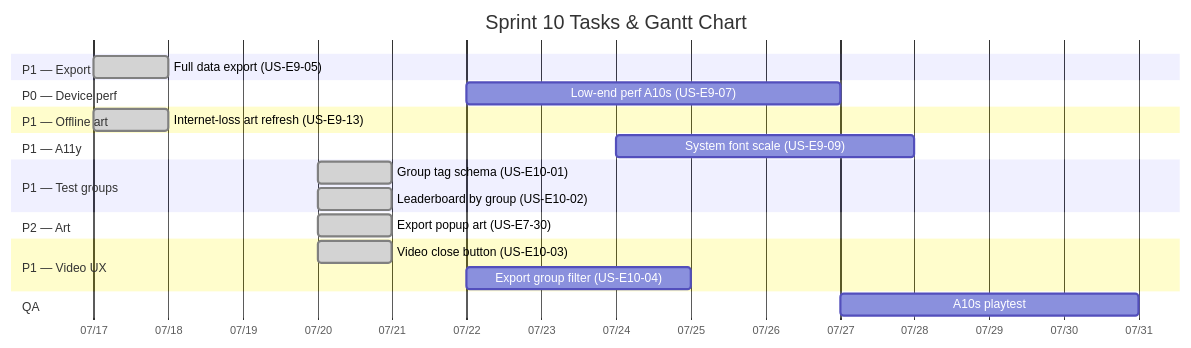
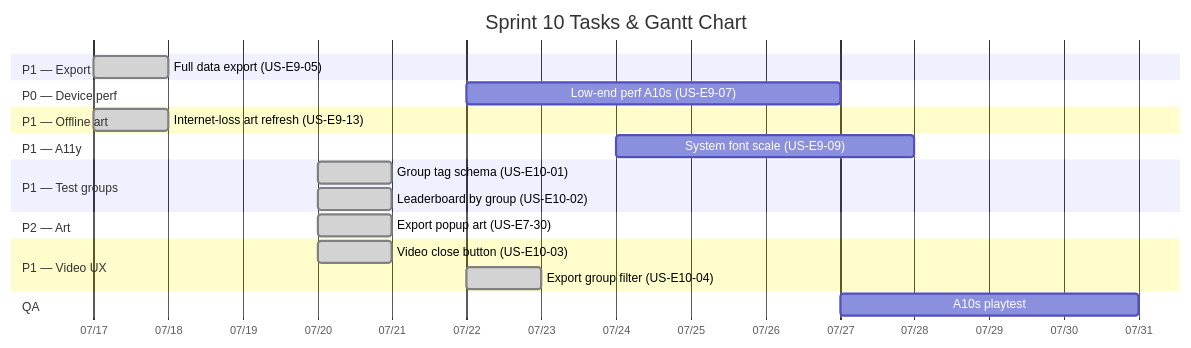
One commit to ChayutChanmueang/mci-cognitive-game-hub-dev-deploy changed the diagram in docs/agile/sprint-backlogs/sprint-10.md. Above: the diagram before and after it, drawn with Mermaid. The commit also changed other lines of this file and 16 other files, not shown here.

````diff
--- a/docs/agile/sprint-backlogs/sprint-10.md
+++ b/docs/agile/sprint-backlogs/sprint-10.md
@@ -12,24 +12,24 @@
 ```mermaid
 gantt
     title Sprint 10 Tasks & Gantt Chart
     dateFormat  YYYY-MM-DD
     axisFormat  %m/%d
     section P1 — Export
     Full data export (US-E9-05)      :done, t5, 2026-07-17, 1d
     section P0 — Device perf
     Low-end perf A10s (US-E9-07)     :t7, 2026-07-22, 5d
     section P1 — Offline art
     Internet-loss art refresh (US-E9-13) :done, t13, 2026-07-17, 1d
     section P1 — A11y
     System font scale (US-E9-09)     :t9, 2026-07-24, 4d
     section P1 — Test groups
     Group tag schema (US-E10-01)     :done, t101, 2026-07-20, 1d
     Leaderboard by group (US-E10-02) :done, t102, 2026-07-20, 1d
     section P2 — Art
     Export popup art (US-E7-30)      :done, t730, 2026-07-20, 1d
     section P1 — Video UX
     Video close button (US-E10-03)   :done, t1003, 2026-07-20, 1d
-    Export group filter (US-E10-04)  :t1004, 2026-07-22, 3d
+    Export group filter (US-E10-04)  :done, t1004, 2026-07-22, 1d
     section QA
     A10s playtest                    :q1, 2026-07-27, 4d
 ```
````
